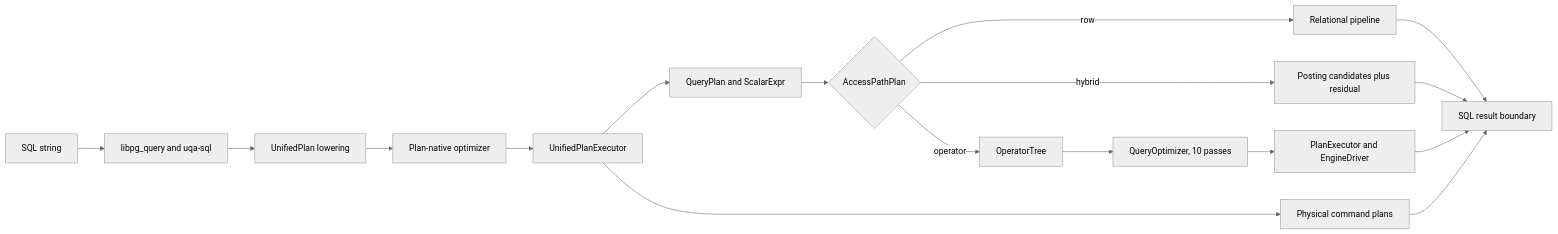
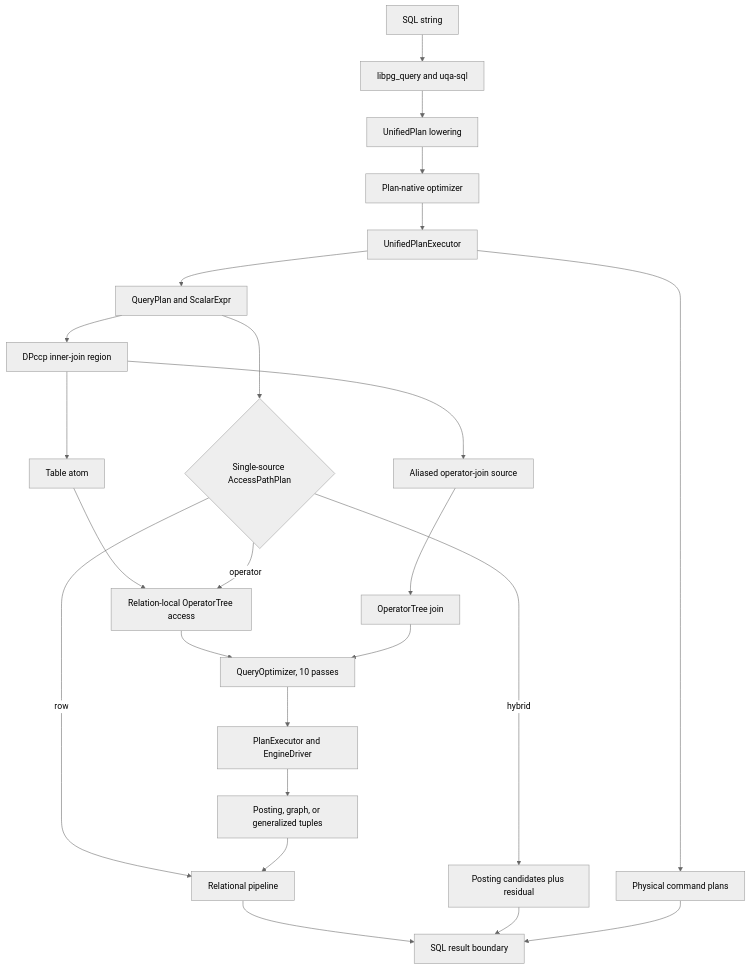
The third of 3 diagrams in docs/design/architecture.md (cognica-io/uqa-engine), drawn with Mermaid (neutral theme) before and after one commit. The commit also changed other lines of this file and 39 other files, not shown here.

Commit message:
feat: integrate operator joins with DPccp planning

````diff
--- a/docs/design/architecture.md
+++ b/docs/design/architecture.md
@@ -156,19 +156,26 @@
 ```mermaid
-flowchart LR
+flowchart TD
     SQL["SQL string"] --> Parse["libpg_query and uqa-sql"]
     Parse --> Lower["UnifiedPlan lowering"]
     Lower --> Optimize["Plan-native optimizer"]
     Optimize --> Execute["UnifiedPlanExecutor"]
     Execute --> Query["QueryPlan and ScalarExpr"]
     Execute --> Command["Physical command plans"]
-    Query --> Access{"AccessPathPlan"}
+    Query --> Region["DPccp inner-join region"]
+    Region --> TableAtom["Table atom"]
+    TableAtom --> LocalTree["Relation-local OperatorTree access"]
+    Region --> TupleAtom["Aliased operator-join source"]
+    TupleAtom --> Tree["OperatorTree join"]
+    Query --> Access{"Single-source AccessPathPlan"}
     Access -->|row| Row["Relational pipeline"]
     Access -->|hybrid| Hybrid["Posting candidates plus residual"]
-    Access -->|operator| Tree["OperatorTree"]
-    Tree --> TreeOpt["QueryOptimizer, 10 passes"]
+    Access -->|operator| LocalTree
+    LocalTree --> TreeOpt["QueryOptimizer, 10 passes"]
+    Tree --> TreeOpt
     TreeOpt --> Driver["PlanExecutor and EngineDriver"]
+    Driver --> TupleRows["Posting, graph, or generalized tuples"]
+    TupleRows --> Row
     Row --> Result["SQL result boundary"]
     Hybrid --> Result
-    Driver --> Result
     Command --> Result
 ```
````
